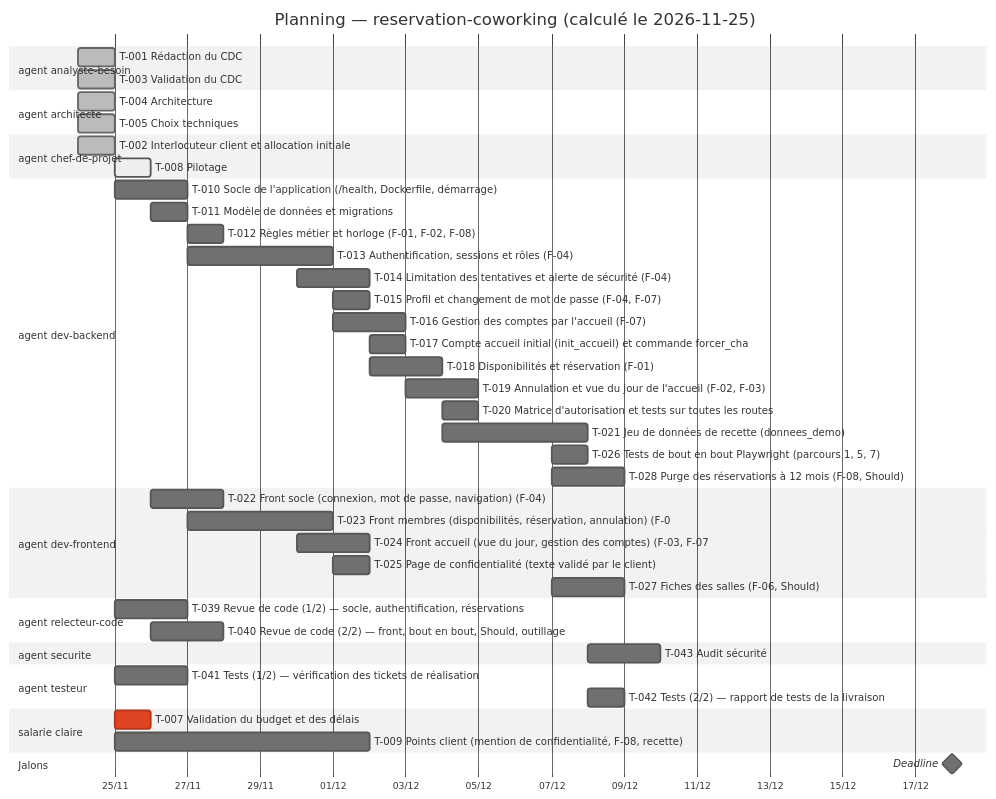
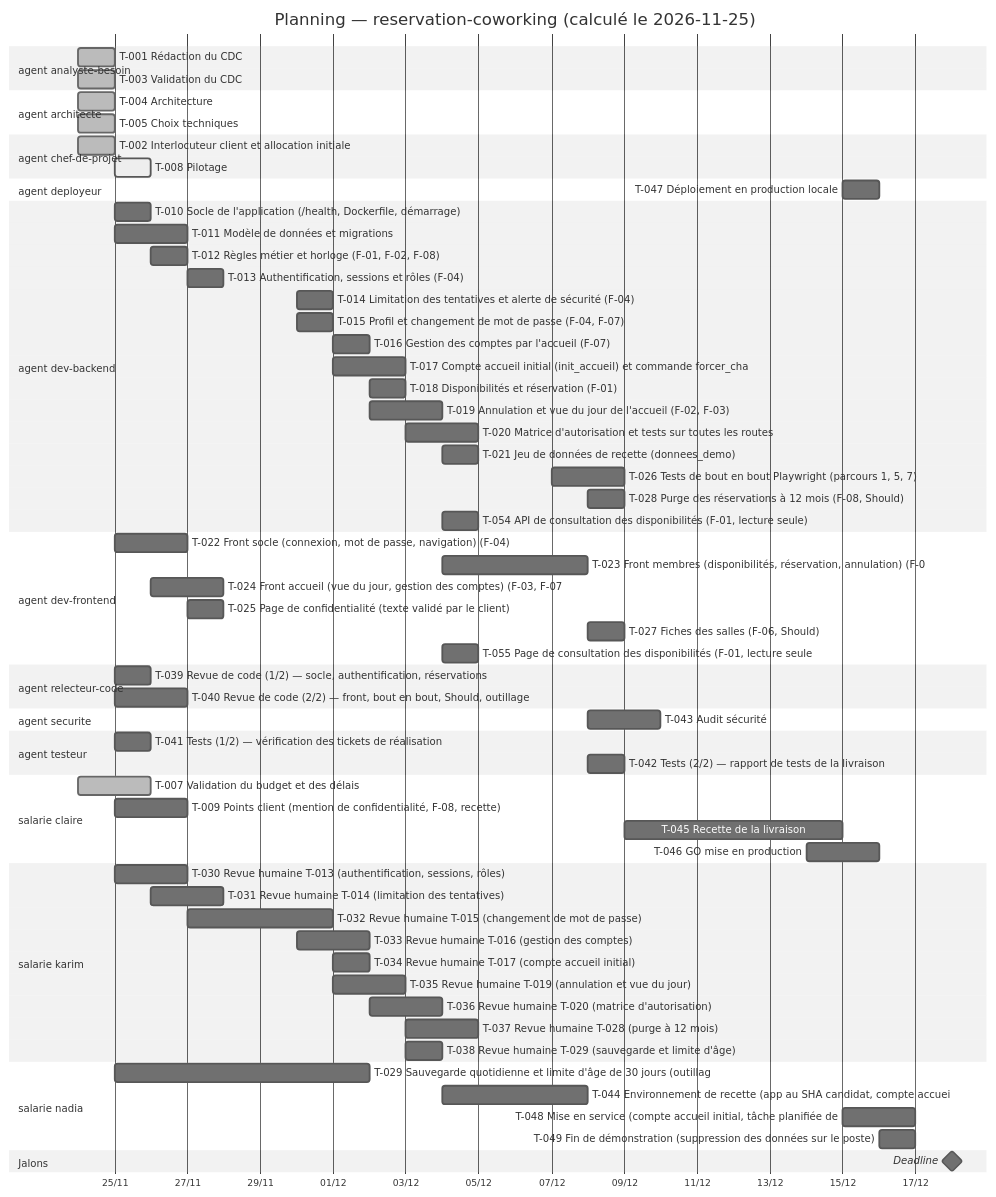
Before and after one commit to LopezMat/tpGestionProjet: the diagram in projets/reservation-coworking/TABLEAU.md, drawn with Mermaid (neutral theme). The commit also changed other lines of this file and 40 other files, not shown here.

First line of the commit message:
reservation-coworking: incrément socle en cours (T-010, T-056 EN_REVUE), DEC-011

````diff
--- a/projets/reservation-coworking/TABLEAU.md
+++ b/projets/reservation-coworking/TABLEAU.md
@@ -105,49 +86,70 @@
 ```mermaid
 gantt
     title Planning — reservation-coworking (calculé le 2026-11-25)
     dateFormat YYYY-MM-DD
     axisFormat %d/%m
     section agent analyste-besoin
     T-001 Rédaction du CDC :done, t001, 2026-11-24, 2026-11-25
     T-003 Validation du CDC :done, t003, 2026-11-24, 2026-11-25
     section agent architecte
     T-004 Architecture :done, t004, 2026-11-24, 2026-11-25
     T-005 Choix techniques :done, t005, 2026-11-24, 2026-11-25
     section agent chef-de-projet
     T-002 Interlocuteur client et allocation initiale :done, t002, 2026-11-24, 2026-11-25
     T-008 Pilotage :active, t008, 2026-11-25, 2026-11-26
+    section agent deployeur
+    T-047 Déploiement en production locale :t047, 2026-12-15, 2026-12-16
     section agent dev-backend
-    T-010 Socle de l'application (/health, Dockerfile, démarrage) :t010, 2026-11-25, 2026-11-27
-    T-011 Modèle de données et migrations :t011, 2026-11-26, 2026-11-27
-    T-012 Règles métier et horloge (F-01, F-02, F-08) :t012, 2026-11-27, 2026-11-28
-    T-013 Authentification, sessions et rôles (F-04) :t013, 2026-11-27, 2026-12-01
-    T-014 Limitation des tentatives et alerte de sécurité (F-04) :t014, 2026-11-30, 2026-12-02
-    T-015 Profil et changement de mot de passe (F-04, F-07) :t015, 2026-12-01, 2026-12-02
-    T-016 Gestion des comptes par l'accueil (F-07) :t016, 2026-12-01, 2026-12-03
-    T-017 Compte accueil initial (init_accueil) et commande forcer_cha :t017, 2026-12-02, 2026-12-03
-    T-018 Disponibilités et réservation (F-01) :t018, 2026-12-02, 2026-12-04
-    T-019 Annulation et vue du jour de l'accueil (F-02, F-03) :t019, 2026-12-03, 2026-12-05
-    T-020 Matrice d'autorisation et tests sur toutes les routes :t020, 2026-12-04, 2026-12-05
-    T-021 Jeu de données de recette (donnees_demo) :t021, 2026-12-04, 2026-12-08
-    T-026 Tests de bout en bout Playwright (parcours 1, 5, 7) :t026, 2026-12-07, 2026-12-08
-    T-028 Purge des réservations à 12 mois (F-08, Should) :t028, 2026-12-07, 2026-12-09
+    T-010 Socle de l'application (/health, Dockerfile, démarrage) :t010, 2026-11-25, 2026-11-26
+    T-011 Modèle de données et migrations :t011, 2026-11-25, 2026-11-27
+    T-012 Règles métier et horloge (F-01, F-02, F-08) :t012, 2026-11-26, 2026-11-27
+    T-013 Authentification, sessions et rôles (F-04) :t013, 2026-11-27, 2026-11-28
+    T-014 Limitation des tentatives et alerte de sécurité (F-04) :t014, 2026-11-30, 2026-12-01
+    T-015 Profil et changement de mot de passe (F-04, F-07) :t015, 2026-11-30, 2026-12-01
+    T-016 Gestion des comptes par l'accueil (F-07) :t016, 2026-12-01, 2026-12-02
+    T-017 Compte accueil initial (init_accueil) et commande forcer_cha :t017, 2026-12-01, 2026-12-03
+    T-018 Disponibilités et réservation (F-01) :t018, 2026-12-02, 2026-12-03
+    T-019 Annulation et vue du jour de l'accueil (F-02, F-03) :t019, 2026-12-02, 2026-12-04
+    T-020 Matrice d'autorisation et tests sur toutes les routes :t020, 2026-12-03, 2026-12-05
+    T-021 Jeu de données de recette (donnees_demo) :t021, 2026-12-04, 2026-12-05
+    T-026 Tests de bout en bout Playwright (parcours 1, 5, 7) :t026, 2026-12-07, 2026-12-09
+    T-028 Purge des réservations à 12 mois (F-08, Should) :t028, 2026-12-08, 2026-12-09
+    T-054 API de consultation des disponibilités (F-01, lecture seule) :t054, 2026-12-04, 2026-12-05
     section agent dev-frontend
-    T-022 Front socle (connexion, mot de passe, navigation) (F-04) :t022, 2026-11-26, 2026-11-28
-    T-023 Front membres (disponibilités, réservation, annulation) (F-0 :t023, 2026-11-27, 2026-12-01
-    T-024 Front accueil (vue du jour, gestion des comptes) (F-03, F-07 :t024, 2026-11-30, 2026-12-02
-    T-025 Page de confidentialité (texte validé par le client) :t025, 2026-12-01, 2026-12-02
-    T-027 Fiches des salles (F-06, Should) :t027, 2026-12-07, 2026-12-09
+    T-022 Front socle (connexion, mot de passe, navigation) (F-04) :t022, 2026-11-25, 2026-11-27
+    T-023 Front membres (disponibilités, réservation, annulation) (F-0 :t023, 2026-12-04, 2026-12-08
+    T-024 Front accueil (vue du jour, gestion des comptes) (F-03, F-07 :t024, 2026-11-26, 2026-11-28
+    T-025 Page de confidentialité (texte validé par le client) :t025, 2026-11-27, 2026-11-28
+    T-027 Fiches des salles (F-06, Should) :t027, 2026-12-08, 2026-12-09
+    T-055 Page de consultation des disponibilités (F-01, lecture seule :t055, 2026-12-04, 2026-12-05
     section agent relecteur-code
-    T-039 Revue de code (1/2) — socle, authentification, réservations :t039, 2026-11-25, 2026-11-27
-    T-040 Revue de code (2/2) — front, bout en bout, Should, outillage :t040, 2026-11-26, 2026-11-28
+    T-039 Revue de code (1/2) — socle, authentification, réservations :t039, 2026-11-25, 2026-11-26
+    T-040 Revue de code (2/2) — front, bout en bout, Should, outillage :t040, 2026-11-25, 2026-11-27
     section agent securite
     T-043 Audit sécurité :t043, 2026-12-08, 2026-12-10
     section agent testeur
-    T-041 Tests (1/2) — vérification des tickets de réalisation :t041, 2026-11-25, 2026-11-27
+    T-041 Tests (1/2) — vérification des tickets de réalisation :t041, 2026-11-25, 2026-11-26
     T-042 Tests (2/2) — rapport de tests de la livraison :t042, 2026-12-08, 2026-12-09
     section salarie claire
-    T-007 Validation du budget et des délais :crit, t007, 2026-11-25, 2026-11-26
-    T-009 Points client (mention de confidentialité, F-08, recette) :t009, 2026-11-25, 2026-12-02
+    T-007 Validation du budget et des délais :done, t007, 2026-11-24, 2026-11-26
+    T-009 Points client (mention de confidentialité, F-08, recette) :t009, 2026-11-25, 2026-11-27
+    T-045 Recette de la livraison :t045, 2026-12-09, 2026-12-15
+    T-046 GO mise en production :t046, 2026-12-14, 2026-12-16
+    section salarie karim
+    T-030 Revue humaine T-013 (authentification, sessions, rôles) :t030, 2026-11-25, 2026-11-27
+    T-031 Revue humaine T-014 (limitation des tentatives) :t031, 2026-11-26, 2026-11-28
+    T-032 Revue humaine T-015 (changement de mot de passe) :t032, 2026-11-27, 2026-12-01
+    T-033 Revue humaine T-016 (gestion des comptes) :t033, 2026-11-30, 2026-12-02
+    T-034 Revue humaine T-017 (compte accueil initial) :t034, 2026-12-01, 2026-12-02
+    T-035 Revue humaine T-019 (annulation et vue du jour) :t035, 2026-12-01, 2026-12-03
+    T-036 Revue humaine T-020 (matrice d'autorisation) :t036, 2026-12-02, 2026-12-04
+    T-037 Revue humaine T-028 (purge à 12 mois) :t037, 2026-12-03, 2026-12-05
+    T-038 Revue humaine T-029 (sauvegarde et limite d'âge) :t038, 2026-12-03, 2026-12-04
+    section salarie nadia
+    T-029 Sauvegarde quotidienne et limite d'âge de 30 jours (outillag :t029, 2026-11-25, 2026-12-02
+    T-044 Environnement de recette (app au SHA candidat, compte accuei :t044, 2026-12-04, 2026-12-08
+    T-048 Mise en service (compte accueil initial, tâche planifiée de  :t048, 2026-12-15, 2026-12-17
+    T-049 Fin de démonstration (suppression des données sur le poste) :t049, 2026-12-16, 2026-12-17
     section Jalons
     Deadline :milestone, deadline, 2026-12-18, 0d
 ```
````
